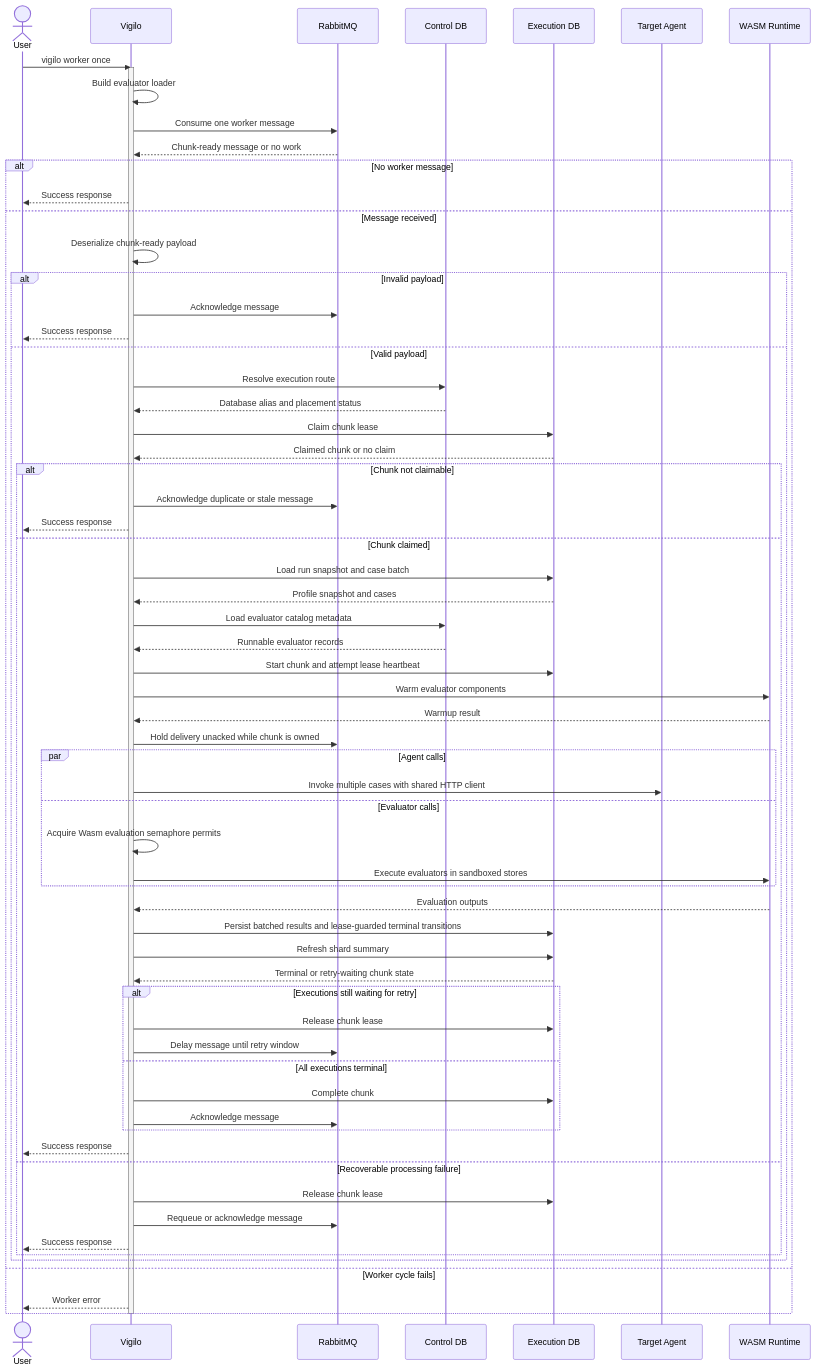
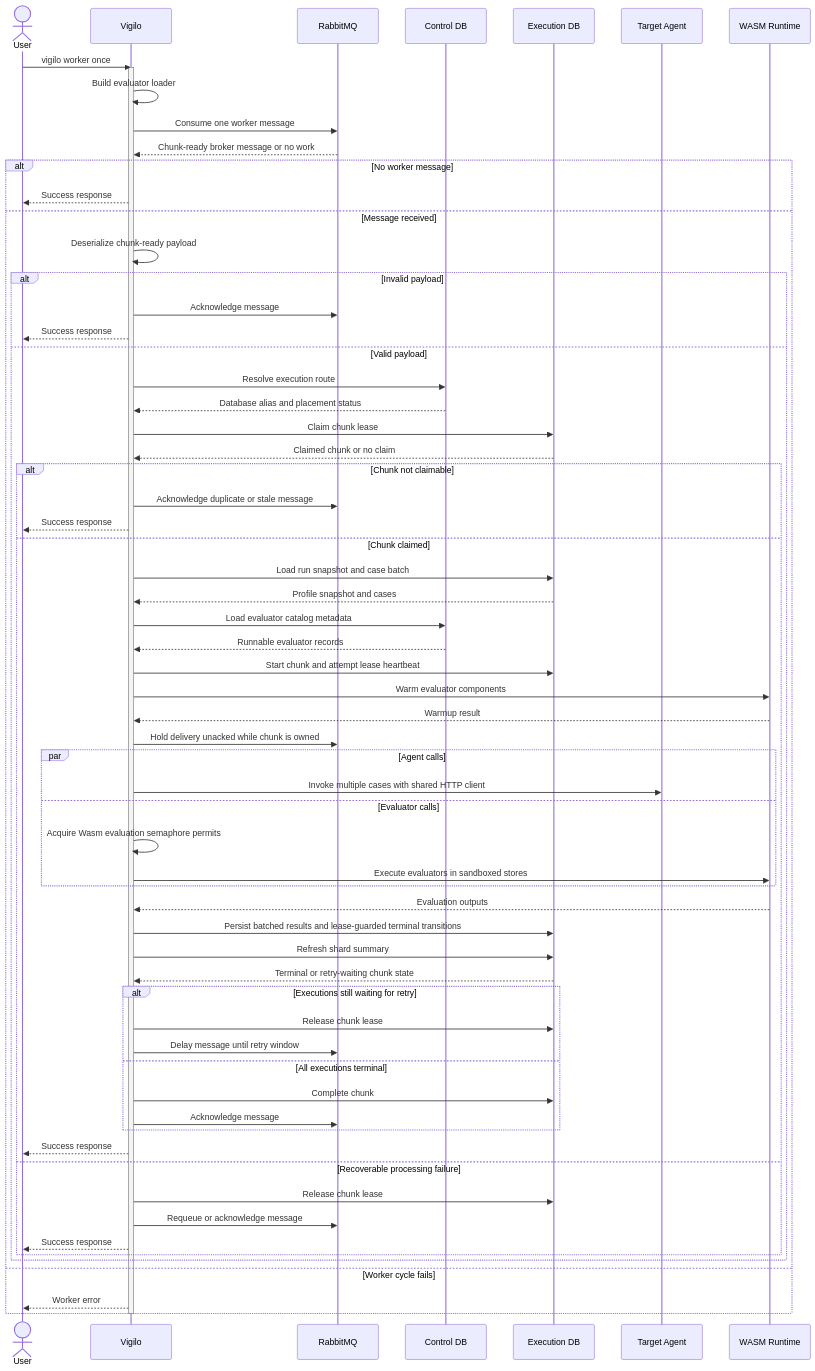
Before and after one commit to gregl83/agent-vigilo: the diagram in web/docs/architecture/flows/worker/once/execution-flow.mmd, drawn with Mermaid. The commit also changed 44 other files, not shown here.

```diff
--- a/web/docs/architecture/flows/worker/once/execution-flow.mmd
+++ b/web/docs/architecture/flows/worker/once/execution-flow.mmd
@@ -1,76 +1,76 @@
 ---
 config:
   flowchart:
     nodeSpacing: 150
     rankSpacing: 80
   themeVariables:
     edgeLabelBackground: 'transparent'
 ---
 sequenceDiagram
     actor User
     participant Vigilo
     participant Queue as RabbitMQ
     participant ControlDB as Control DB
     participant ExecutionDB as Execution DB
     participant Agent as Target Agent
     participant WASM as WASM Runtime
 
     User->>Vigilo: vigilo worker once
     activate Vigilo
     Vigilo->>Vigilo: Build evaluator loader
     Vigilo->>Queue: Consume one worker message
-    Queue-->>Vigilo: Chunk-ready message or no work
+    Queue-->>Vigilo: Chunk-ready broker message or no work
 
     alt No worker message
         Vigilo-->>User: Success response
     else Message received
         Vigilo->>Vigilo: Deserialize chunk-ready payload
         alt Invalid payload
             Vigilo->>Queue: Acknowledge message
             Vigilo-->>User: Success response
         else Valid payload
             Vigilo->>ControlDB: Resolve execution route
             ControlDB-->>Vigilo: Database alias and placement status
             Vigilo->>ExecutionDB: Claim chunk lease
             ExecutionDB-->>Vigilo: Claimed chunk or no claim
 
             alt Chunk not claimable
                 Vigilo->>Queue: Acknowledge duplicate or stale message
                 Vigilo-->>User: Success response
             else Chunk claimed
                 Vigilo->>ExecutionDB: Load run snapshot and case batch
                 ExecutionDB-->>Vigilo: Profile snapshot and cases
                 Vigilo->>ControlDB: Load evaluator catalog metadata
                 ControlDB-->>Vigilo: Runnable evaluator records
                 Vigilo->>ExecutionDB: Start chunk and attempt lease heartbeat
                 Vigilo->>WASM: Warm evaluator components
                 WASM-->>Vigilo: Warmup result
                 Vigilo->>Queue: Hold delivery unacked while chunk is owned
                 par Agent calls
                     Vigilo->>Agent: Invoke multiple cases with shared HTTP client
                 and Evaluator calls
                     Vigilo->>Vigilo: Acquire Wasm evaluation semaphore permits
                     Vigilo->>WASM: Execute evaluators in sandboxed stores
                 end
                 WASM-->>Vigilo: Evaluation outputs
                 Vigilo->>ExecutionDB: Persist batched results and lease-guarded terminal transitions
                 Vigilo->>ExecutionDB: Refresh shard summary
                 ExecutionDB-->>Vigilo: Terminal or retry-waiting chunk state
                 alt Executions still waiting for retry
                     Vigilo->>ExecutionDB: Release chunk lease
                     Vigilo->>Queue: Delay message until retry window
                 else All executions terminal
                     Vigilo->>ExecutionDB: Complete chunk
                     Vigilo->>Queue: Acknowledge message
                 end
                 Vigilo-->>User: Success response
             else Recoverable processing failure
                 Vigilo->>ExecutionDB: Release chunk lease
                 Vigilo->>Queue: Requeue or acknowledge message
                 Vigilo-->>User: Success response
             end
         end
     else Worker cycle fails
         Vigilo-->>User: Worker error
     end
     deactivate Vigilo
```
